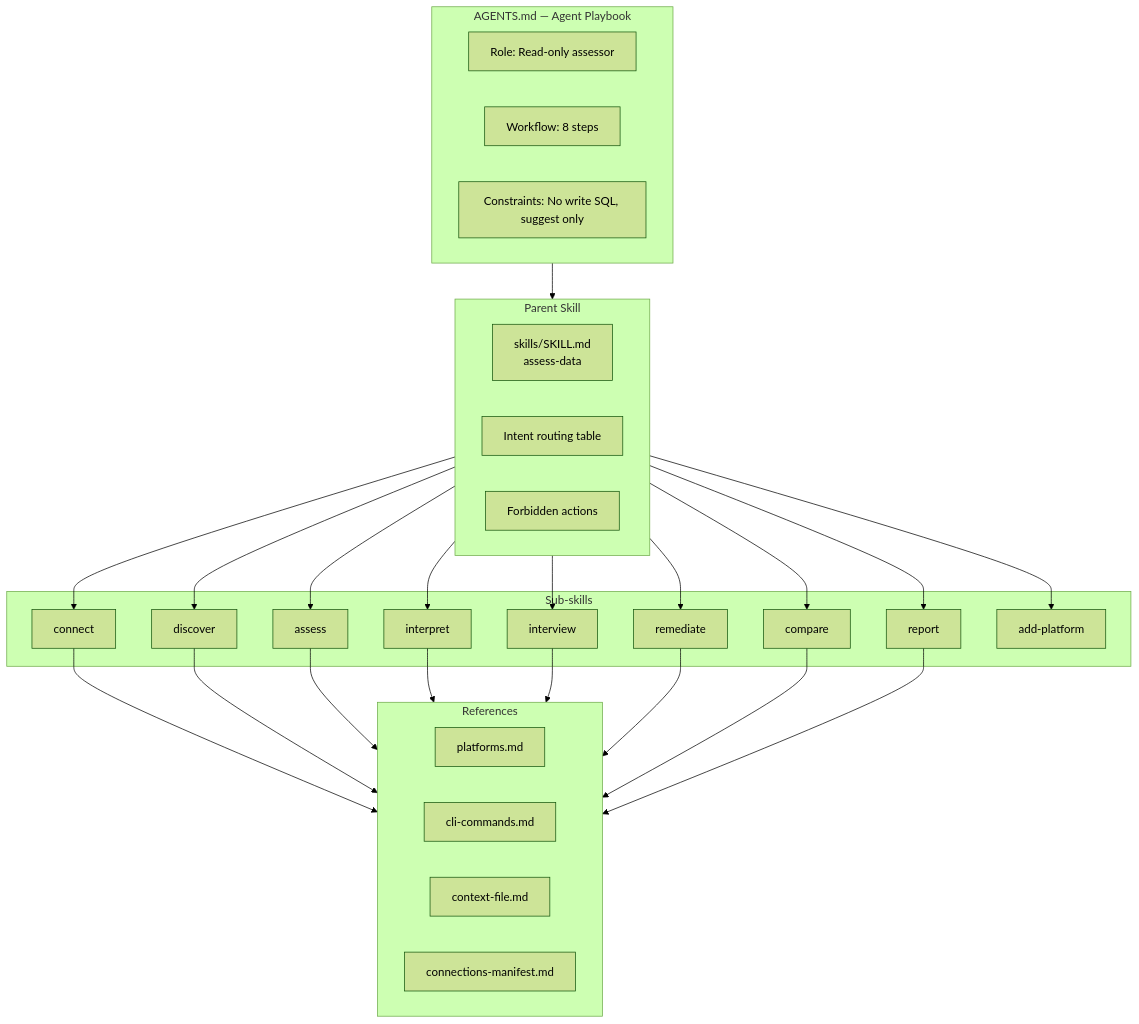
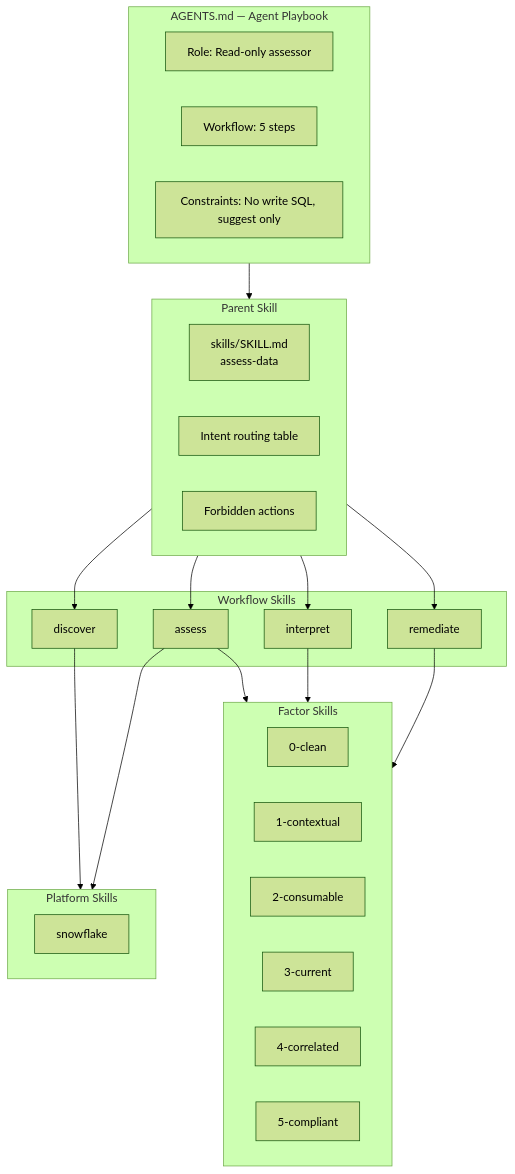
Before and after one commit to ai-ready-data/ai-ready-data-agent: the second of 4 diagrams in docs/architecture-system-map.md, drawn with Mermaid (forest theme). The commit also changed other lines of this file and 127 other files, not shown here.

````diff
--- a/docs/architecture-system-map.md
+++ b/docs/architecture-system-map.md
@@ -56,37 +66,39 @@
 ```mermaid
 flowchart TB
   subgraph Playbook [AGENTS.md — Agent Playbook]
     Role[Role: Read-only assessor]
-    Workflow[Workflow: 8 steps]
+    Workflow[Workflow: 5 steps]
     Constraints[Constraints: No write SQL, suggest only]
   end
 
   subgraph Parent [Parent Skill]
-    AssessData[skills/SKILL.md<br/>assess-data]
+    AssessData["skills/SKILL.md<br/>assess-data"]
     Intent[Intent routing table]
     Forbidden[Forbidden actions]
   end
 
-  subgraph SubSkills [Sub-skills]
-    S1[connect]
-    S2[discover]
-    S3[assess]
-    S4[interpret]
-    S5[interview]
-    S6[remediate]
-    S7[compare]
-    S8[report]
-    S9[add-platform]
+  subgraph WorkflowSkills [Workflow Skills]
+    W1[discover]
+    W2[assess]
+    W3[interpret]
+    W4[remediate]
   end
 
-  subgraph Refs [References]
-    R1[platforms.md]
-    R2[cli-commands.md]
-    R3[context-file.md]
-    R4[connections-manifest.md]
+  subgraph FactorSkills [Factor Skills]
+    F0[0-clean]
+    F1[1-contextual]
+    F2[2-consumable]
+    F3[3-current]
+    F4[4-correlated]
+    F5[5-compliant]
+  end
+
+  subgraph PlatformSkills [Platform Skills]
+    P1[snowflake]
   end
 
   Playbook --> Parent
-  Parent --> S1 & S2 & S3 & S4 & S5 & S6 & S7 & S8 & S9
-  S1 & S2 & S3 & S4 & S5 & S6 & S7 & S8 --> Refs
+  Parent --> W1 & W2 & W3 & W4
+  W2 & W3 & W4 --> FactorSkills
+  W1 & W2 --> PlatformSkills
 ```
````
